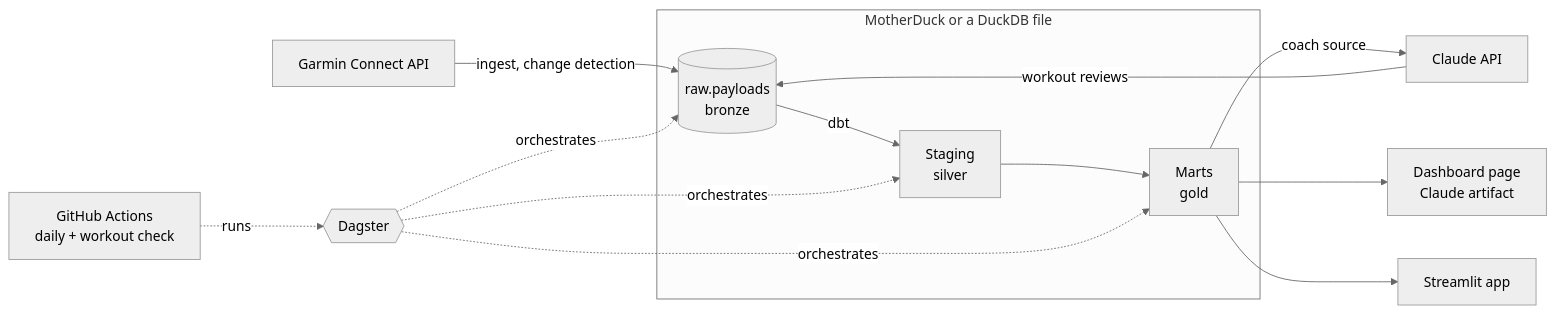
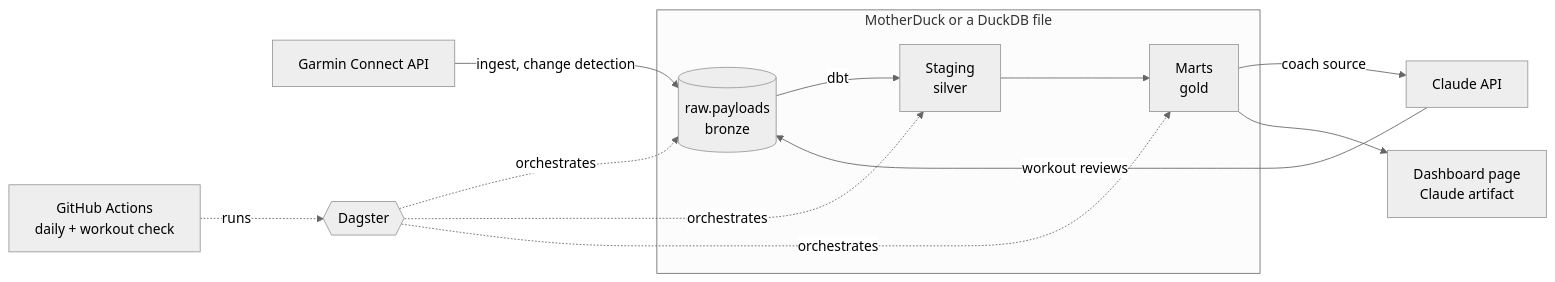
Before and after one commit to arnogarstman/garmin_project: the first of 3 diagrams in README.md, drawn with Mermaid (neutral theme). The commit also changed other lines of this file and 38 other files, not shown here.

````diff
--- a/README.md
+++ b/README.md
@@ -13,14 +13,13 @@
 ```mermaid
 flowchart LR
     G[Garmin Connect API] -->|ingest, change detection| R
     subgraph DB[MotherDuck or a DuckDB file]
         R[(raw.payloads<br/>bronze)] -->|dbt| ST[Staging<br/>silver]
         ST --> M[Marts<br/>gold]
     end
     M -->|coach source| C[Claude API]
     C -->|workout reviews| R
     M --> P[Dashboard page<br/>Claude artifact]
-    M --> D[Streamlit app]
     O{{Dagster}} -.orchestrates.-> R & ST & M
     A[GitHub Actions<br/>daily + workout check] -.runs.-> O
 ```
````
